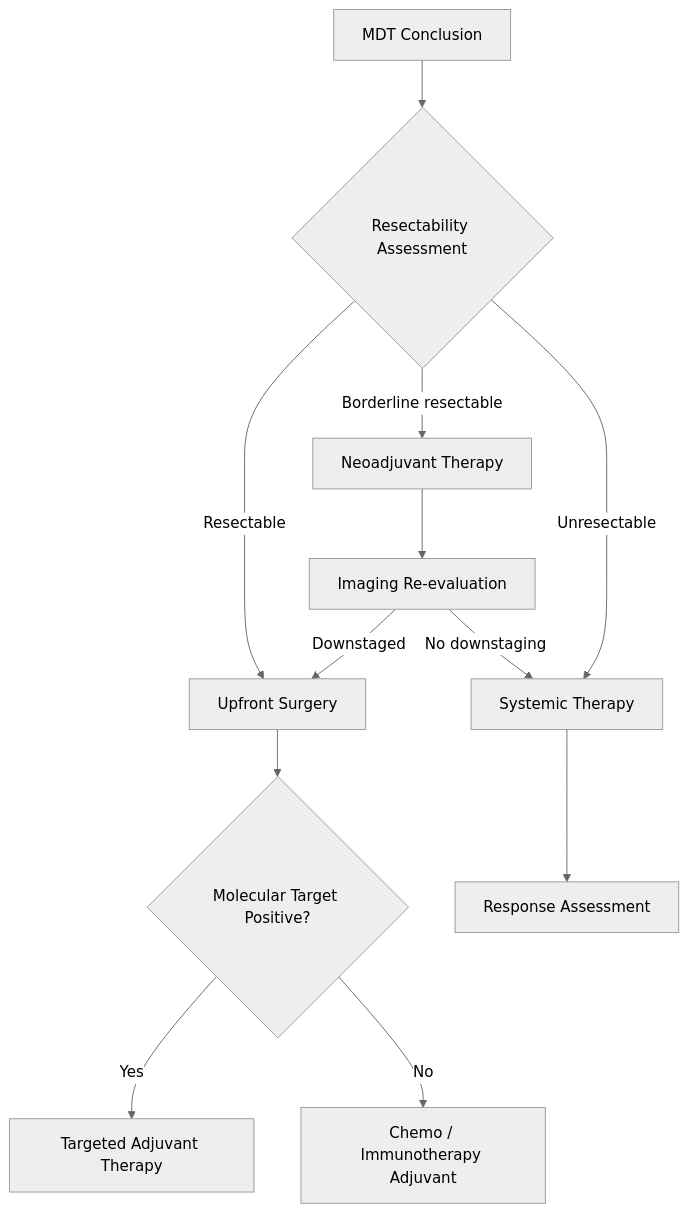
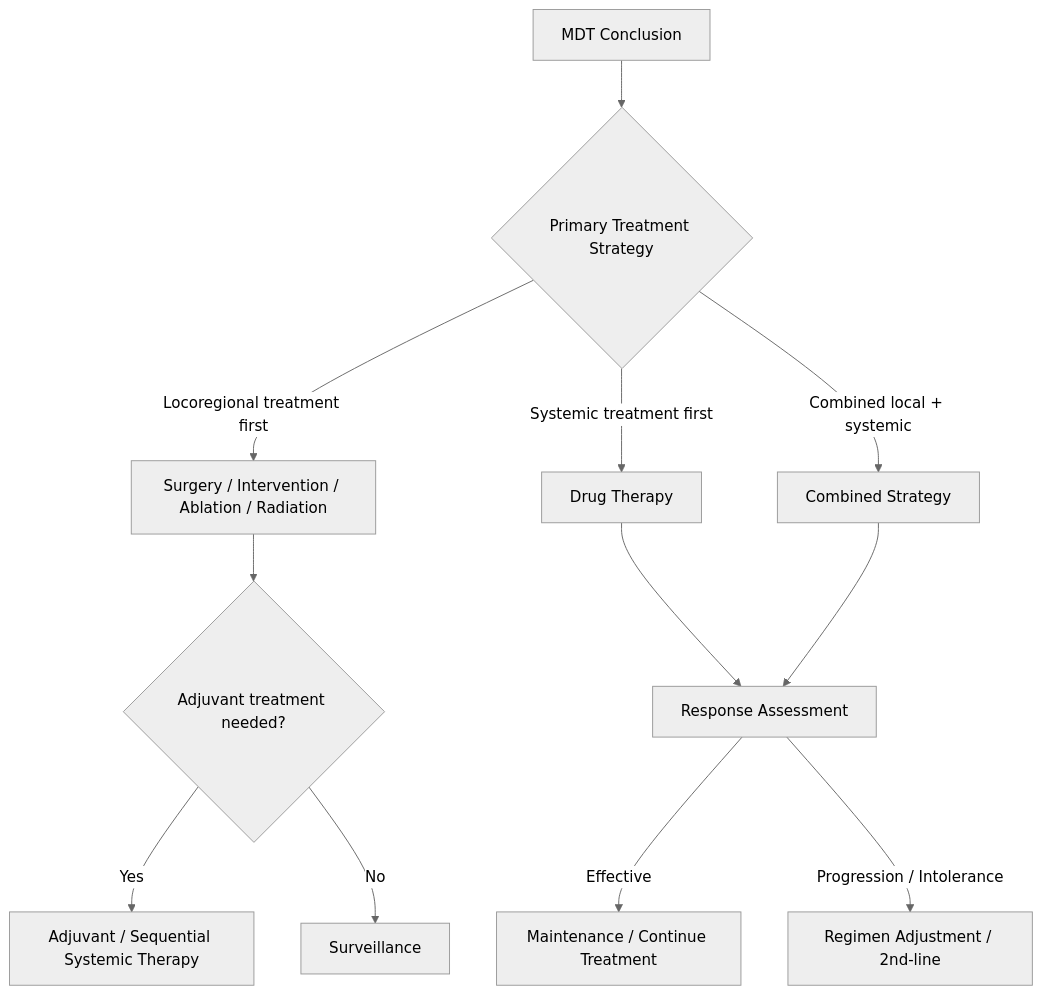
Before and after one commit to xhyccc/MDTAgents: the first of 2 diagrams in prompts/en/coordinator_synthesis.md, drawn with Mermaid (neutral theme). The commit also changed other lines of this file and 11 other files, not shown here.

````diff
--- a/prompts/en/coordinator_synthesis.md
+++ b/prompts/en/coordinator_synthesis.md
@@ -98,14 +102,14 @@
 ```mermaid
 flowchart TD
-    A[MDT Conclusion] --> B{Resectability Assessment}
-    B -->|Resectable| C[Upfront Surgery]
-    B -->|Borderline resectable| D[Neoadjuvant Therapy]
-    B -->|Unresectable| E[Systemic Therapy]
-    C --> F{Molecular Target Positive?}
-    F -->|Yes| G[Targeted Adjuvant Therapy]
-    F -->|No| H[Chemo / Immunotherapy Adjuvant]
-    D --> I[Imaging Re-evaluation]
-    I -->|Downstaged| C
-    I -->|No downstaging| E
-    E --> J[Response Assessment]
+    A[MDT Conclusion] --> B{Primary Treatment Strategy}
+    B -->|Locoregional treatment first| C[Surgery / Intervention / Ablation / Radiation]
+    B -->|Systemic treatment first| D[Drug Therapy]
+    B -->|Combined local + systemic| E[Combined Strategy]
+    C --> F{Adjuvant treatment needed?}
+    F -->|Yes| G[Adjuvant / Sequential Systemic Therapy]
+    F -->|No| H[Surveillance]
+    D --> I[Response Assessment]
+    I -->|Effective| J[Maintenance / Continue Treatment]
+    I -->|Progression / Intolerance| K[Regimen Adjustment / 2nd-line]
+    E --> I
 ```
````
